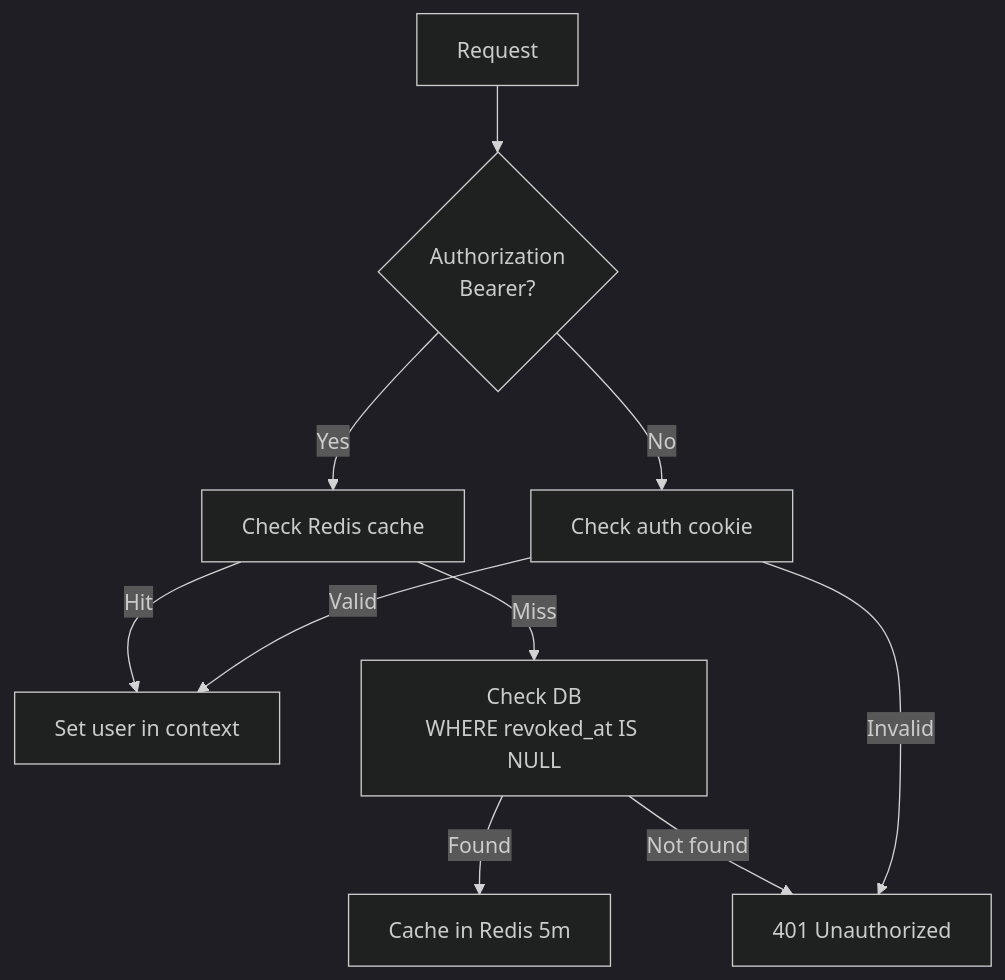
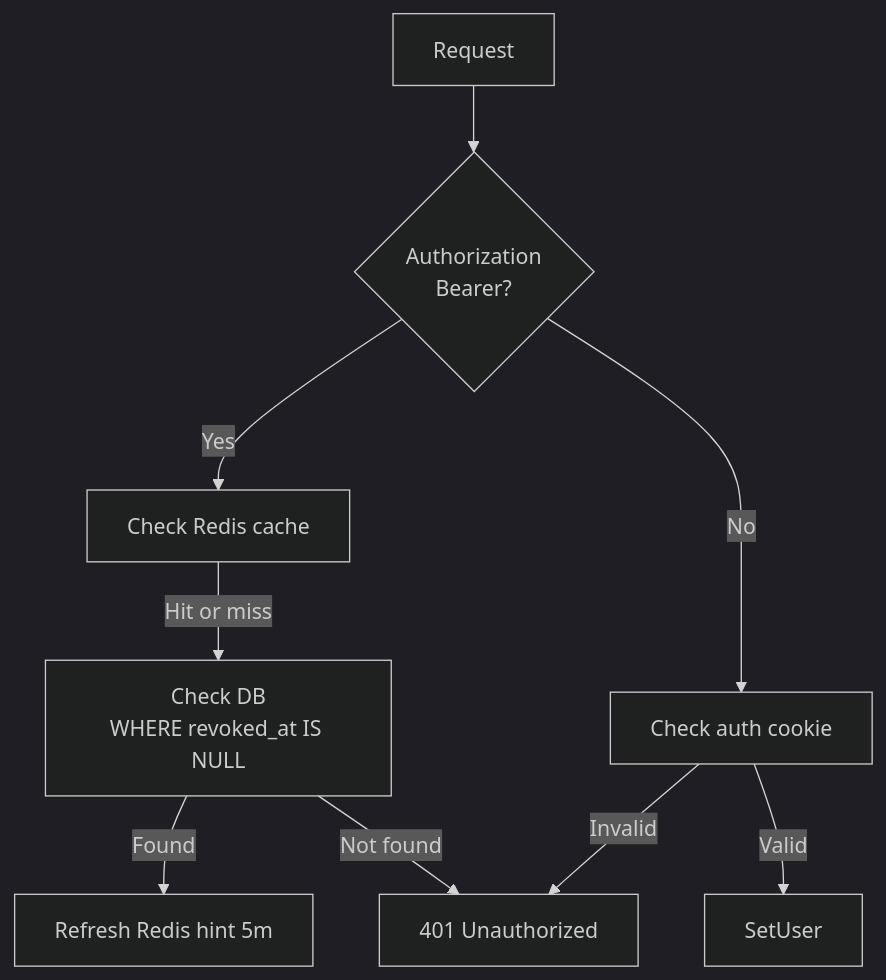
Before and after one commit to dungxbuif/MyPocket: the second of 2 diagrams in frontend/docs/docs/api/authentication.mdx, drawn with Mermaid (dark theme). The commit also changed other lines of this file and 58 other files, not shown here.

````diff
--- a/frontend/docs/docs/api/authentication.mdx
+++ b/frontend/docs/docs/api/authentication.mdx
@@ -126,12 +145,11 @@
 ```mermaid
 graph TD
     Req[Request] --> HasBearer{Authorization<br/>Bearer?}
     HasBearer -->|Yes| CheckCache[Check Redis cache]
-    CheckCache -->|Hit| SetUser[Set user in context]
-    CheckCache -->|Miss| CheckDB[Check DB<br/>WHERE revoked_at IS NULL]
-    CheckDB -->|Found| CacheIt[Cache in Redis 5m]
+    CheckCache -->|Hit or miss| CheckDB[Check DB<br/>WHERE revoked_at IS NULL]
+    CheckDB -->|Found| CacheIt[Refresh Redis hint 5m]
     CheckDB -->|Not found| Reject[401 Unauthorized]
     HasBearer -->|No| CheckCookie[Check auth cookie]
     CheckCookie -->|Valid| SetUser
     CheckCookie -->|Invalid| Reject
 ```
````
